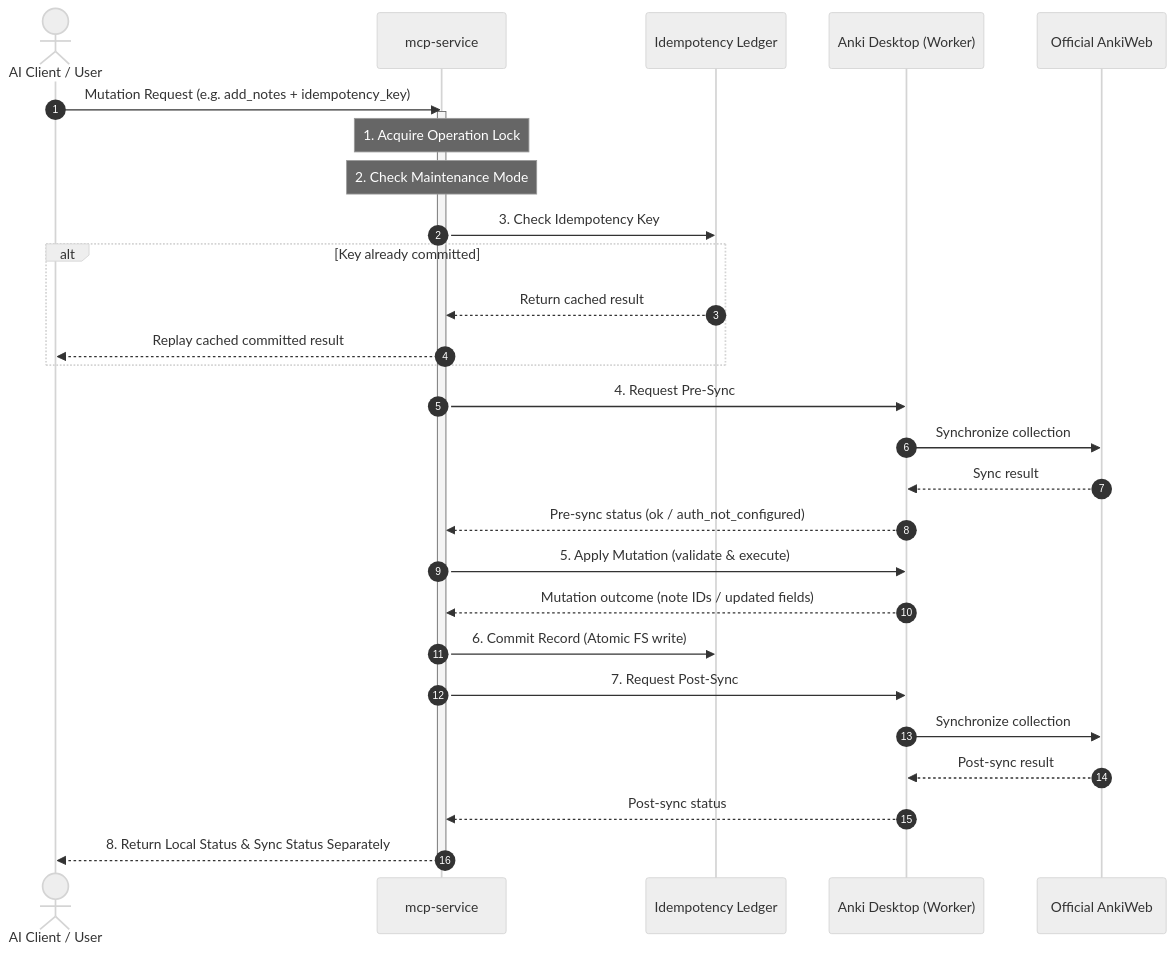
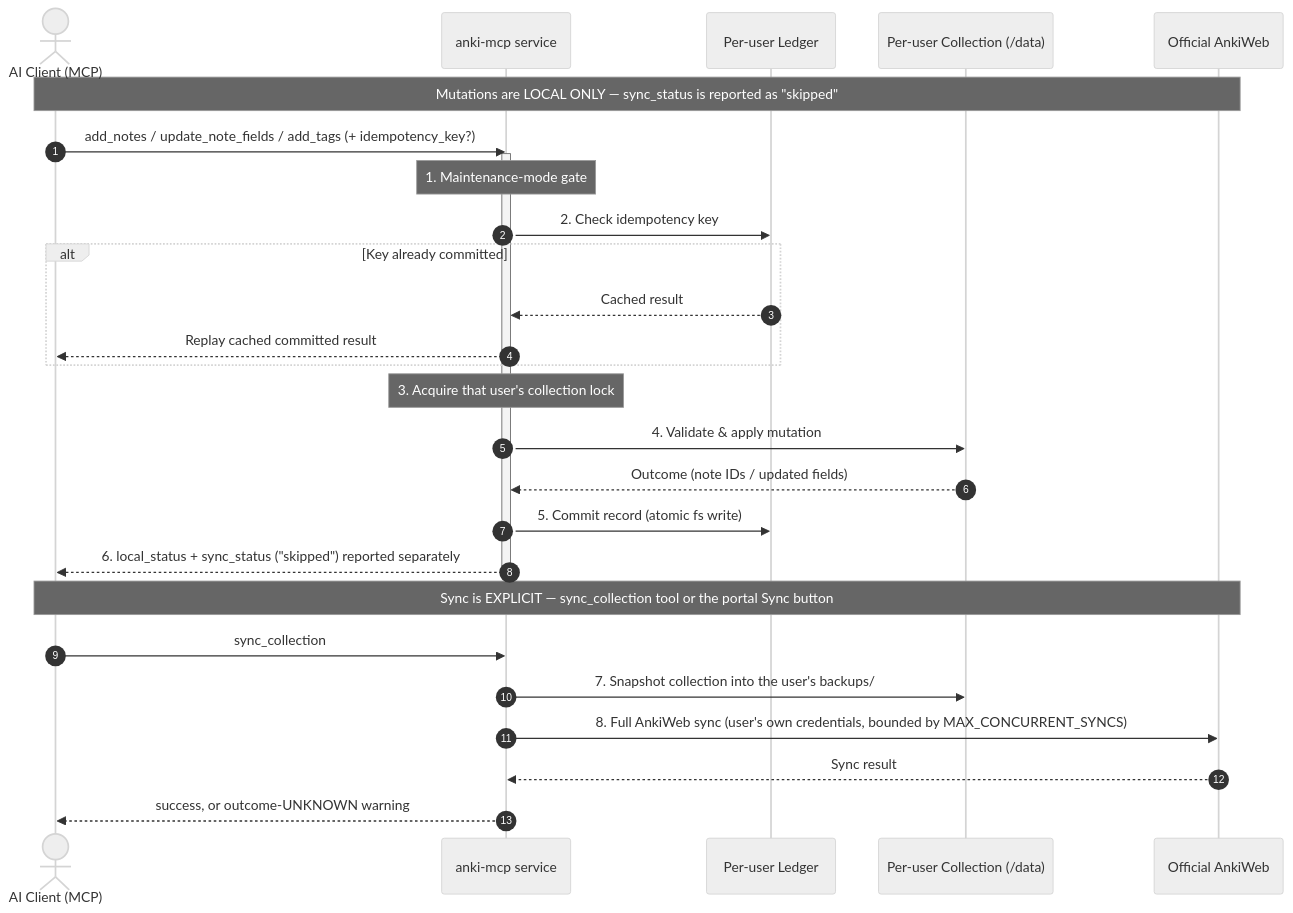
Before and after one commit to thies2005/Anki-WebMCP: the diagram in README.md, drawn with Mermaid (neutral theme). The commit also changed other lines of this file and 26 other files, not shown here.

Commit message:
feat(deploy): remove GUI worker; single-service compose, env, and docs for headless multi-user

````diff
--- a/README.md
+++ b/README.md
@@ -108,38 +106,32 @@
 ```mermaid
 sequenceDiagram
     autonumber
-    actor Client as AI Client / User
-    participant MCP as mcp-service
-    participant Ledger as Idempotency Ledger
-    participant Anki as Anki Desktop (Worker)
+    actor Client as AI Client (MCP)
+    participant S as anki-mcp service
+    participant L as Per-user Ledger
+    participant C as Per-user Collection (/data)
     participant Cloud as Official AnkiWeb
 
-    Client->>MCP: Mutation Request (e.g. add_notes + idempotency_key)
-    activate MCP
-    Note over MCP: 1. Acquire Operation Lock
-    Note over MCP: 2. Check Maintenance Mode
-    
-    MCP->>Ledger: 3. Check Idempotency Key
+    Note over Client,Cloud: Mutations are LOCAL ONLY — sync_status is reported as "skipped"
+    Client->>S: add_notes / update_note_fields / add_tags (+ idempotency_key?)
+    activate S
+    Note over S: 1. Maintenance-mode gate
+    S->>L: 2. Check idempotency key
     alt Key already committed
-        Ledger-->>MCP: Return cached result
-        MCP-->>Client: Replay cached committed result
+        L-->>S: Cached result
+        S-->>Client: Replay cached committed result
     end
+    Note over S: 3. Acquire that user's collection lock
+    S->>C: 4. Validate & apply mutation
+    C-->>S: Outcome (note IDs / updated fields)
+    S->>L: 5. Commit record (atomic fs write)
+    S-->>Client: 6. local_status + sync_status ("skipped") reported separately
+    deactivate S
 
-    MCP->>Anki: 4. Request Pre-Sync
-    Anki->>Cloud: Synchronize collection
-    Cloud-->>Anki: Sync result
-    Anki-->>MCP: Pre-sync status (ok / auth_not_configured)
-
-    MCP->>Anki: 5. Apply Mutation (validate & execute)
-    Anki-->>MCP: Mutation outcome (note IDs / updated fields)
-    
-    MCP->>Ledger: 6. Commit Record (Atomic FS write)
-
-    MCP->>Anki: 7. Request Post-Sync
-    Anki->>Cloud: Synchronize collection
-    Cloud-->>Anki: Post-sync result
-    Anki-->>MCP: Post-sync status
-
-    MCP-->>Client: 8. Return Local Status & Sync Status Separately
-    deactivate MCP
+    Note over Client,Cloud: Sync is EXPLICIT — sync_collection tool or the portal Sync button
+    Client->>S: sync_collection
+    S->>C: 7. Snapshot collection into the user's backups/
+    S->>Cloud: 8. Full AnkiWeb sync (user's own credentials, bounded by MAX_CONCURRENT_SYNCS)
+    Cloud-->>S: Sync result
+    S-->>Client: success, or outcome-UNKNOWN warning
 ```
````
